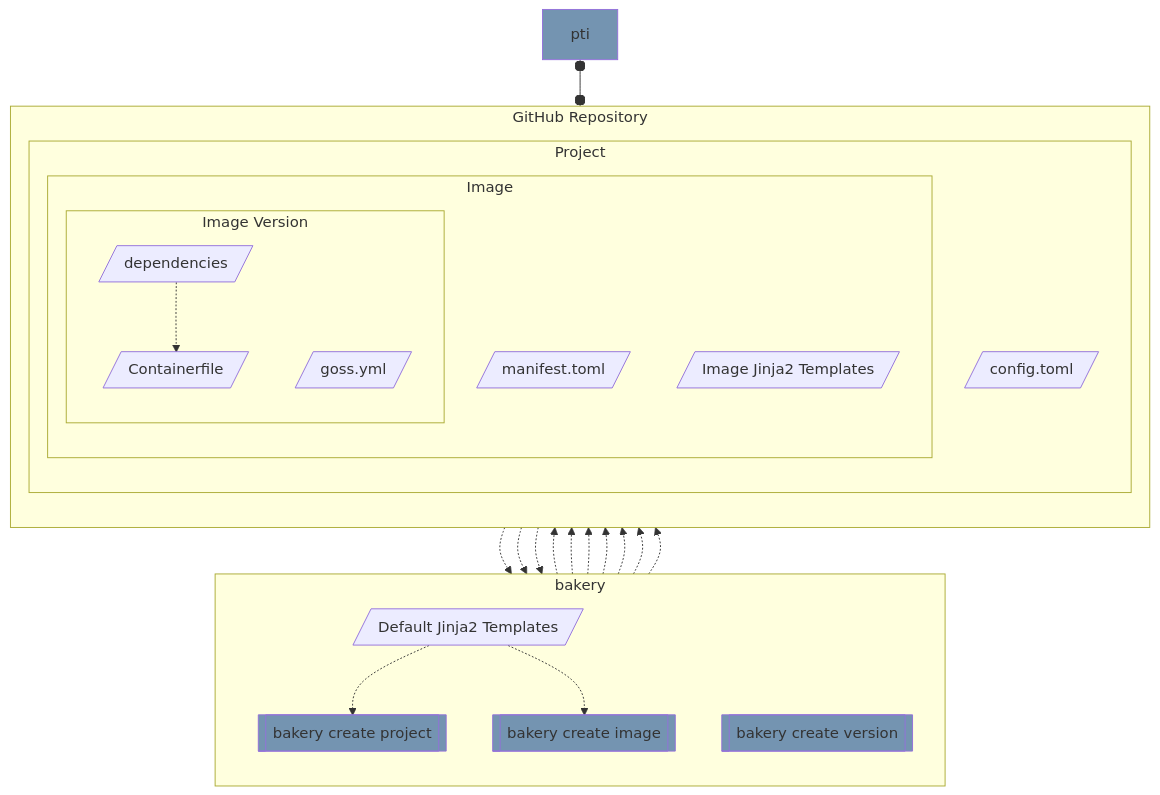
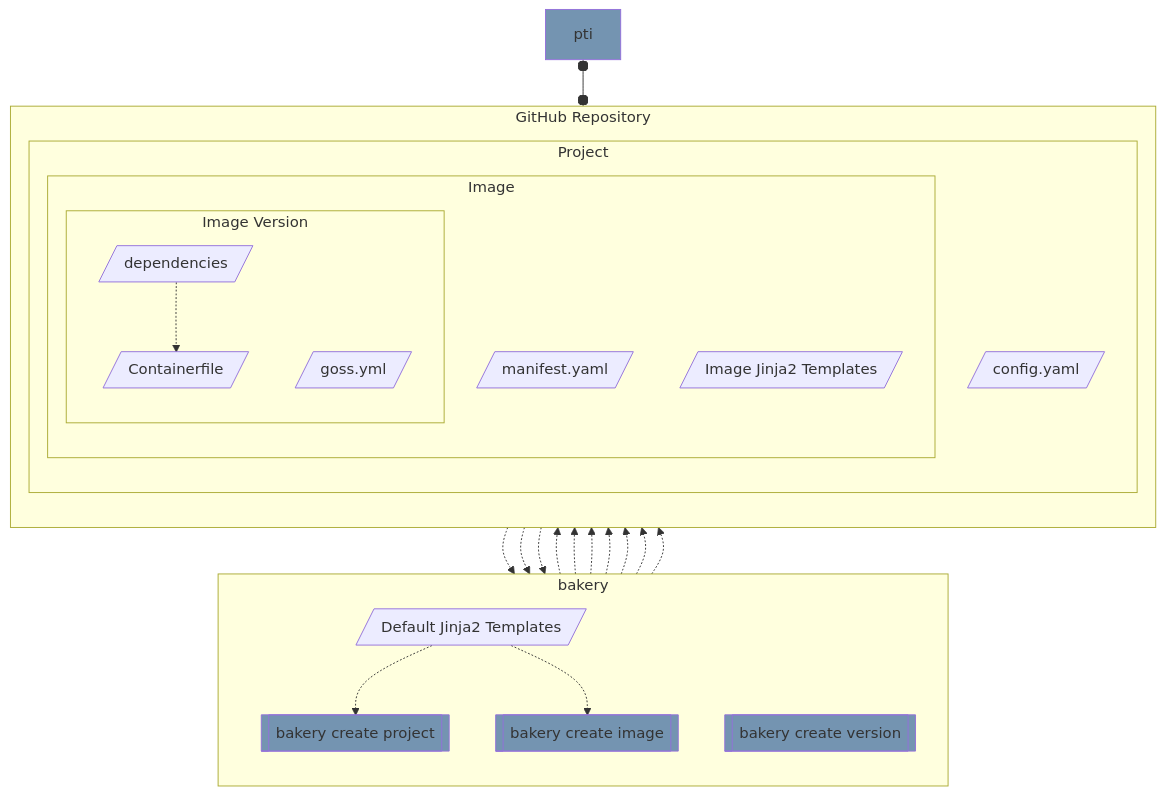
Before and after one commit to posit-dev/images-shared: the third of 7 diagrams in posit-bakery/ARCHITECTURE.md, drawn with Mermaid. The commit also changed other lines of this file and 31 other files, not shown here.

````diff
--- a/posit-bakery/ARCHITECTURE.md
+++ b/posit-bakery/ARCHITECTURE.md
@@ -76,51 +76,51 @@
 ```mermaid
 flowchart TD
 
     subgraph "bakery"
         direction TB
 
         templatesDefault[/Default Jinja2 Templates/]
         createProject[[bakery create project]]
         createImage[[bakery create image]]
         createVersion[[bakery create version]]
     end
 
     subgraph "GitHub Repository"
         direction TB
         subgraph "Project"
-            config[/config.toml/]
+            config[/config.yaml/]
 
             subgraph "Image"
-                manifest[/manifest.toml/]
+                manifest[/manifest.yaml/]
                 templatesImage[/Image Jinja2 Templates/]
 
                 subgraph "Image Version"
                     containerfile[/Containerfile/]
 
                     deps[/dependencies/]
                     tests[/goss.yml/]
                 end
                 deps -.-> containerfile
             end
         end
 
         templatesDefault -.-> createProject -.-> config
 
         config -.-> createImage -.-> manifest
         templatesDefault -.-> createImage -.-> templatesImage
 
         templatesImage -.-> createVersion -.-> tests & deps & containerfile
         manifest -.-> createVersion
         createVersion -.-> manifest
     end
 
     pti[pti]
     pti o--o containerfile
 
     classDef tooling fill:#7494B1
     classDef external fill:grey
     classDef progress stroke-dasharray: 2 2
     classDef todo stroke-dasharray: 3 8
 
     class pti,createProject,createImage,createVersion tooling
 ```
````
